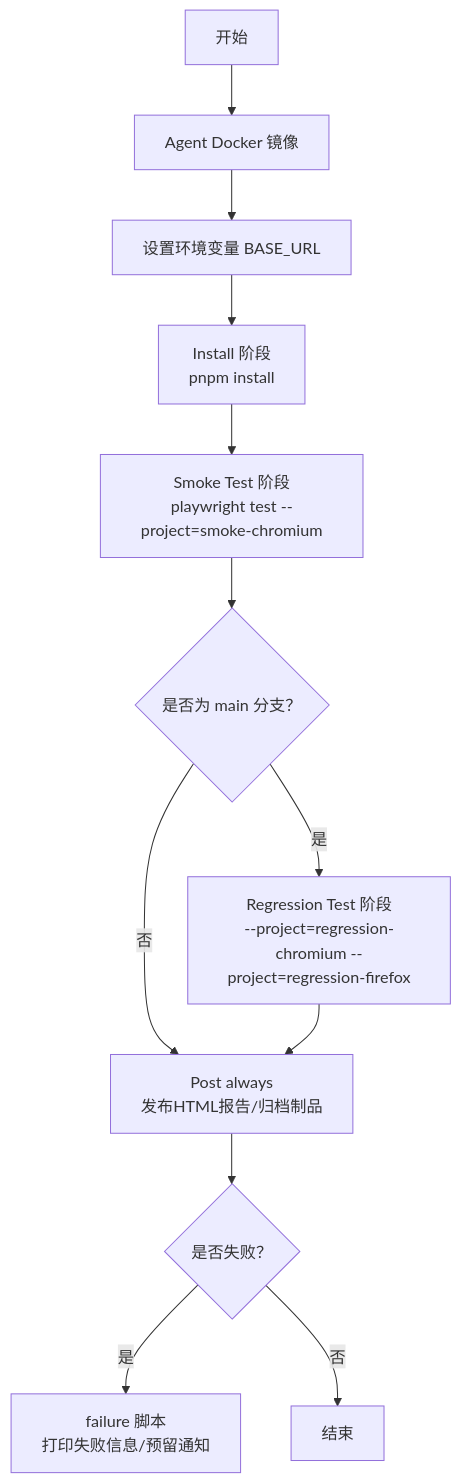
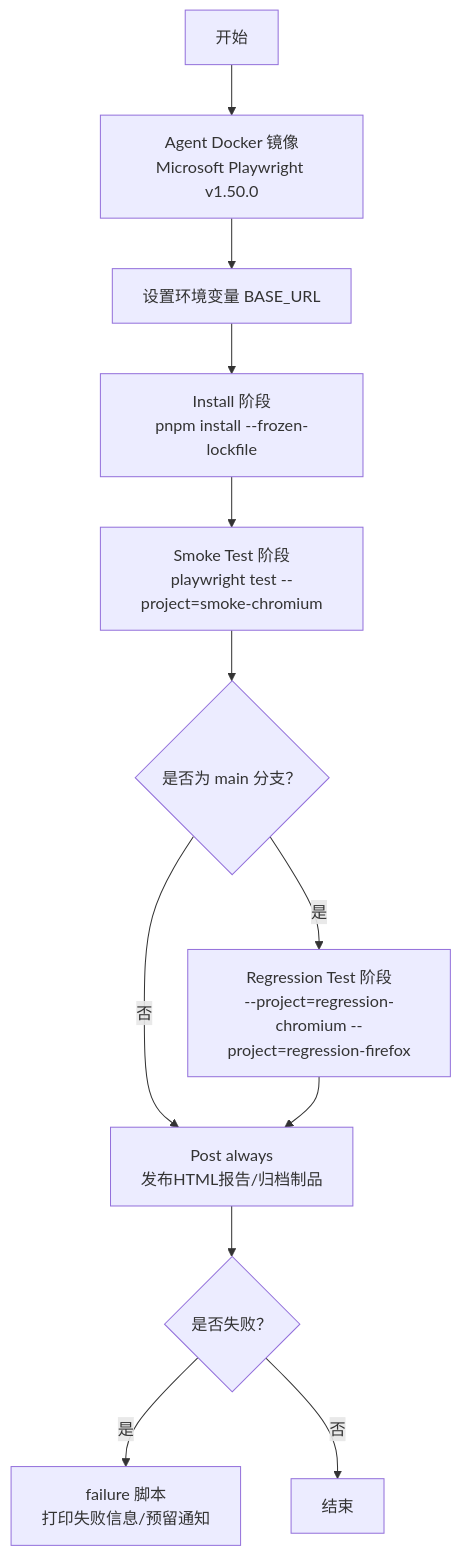
One commit to zzgoviziwind/--playwright changed the third of 6 diagrams in .qoder/repowiki/zh/content/CI_CD集成/Jenkins集成.md. Above: the diagram before and after it, drawn with Mermaid. The commit also changed other lines of this file and 112 other files, not shown here.

````diff
--- a/.qoder/repowiki/zh/content/CI_CD集成/Jenkins集成.md
+++ b/.qoder/repowiki/zh/content/CI_CD集成/Jenkins集成.md
@@ -163,14 +171,14 @@
 ```mermaid
 flowchart TD
-S["开始"] --> A["Agent Docker 镜像"]
+S["开始"] --> A["Agent Docker 镜像<br/>Microsoft Playwright v1.50.0"]
 A --> E["设置环境变量 BASE_URL"]
-E --> I["Install 阶段<br/>pnpm install"]
+E --> I["Install 阶段<br/>pnpm install --frozen-lockfile"]
 I --> M["Smoke Test 阶段<br/>playwright test --project=smoke-chromium"]
 M --> R{"是否为 main 分支？"}
 R --> |是| RT["Regression Test 阶段<br/>--project=regression-chromium --project=regression-firefox"]
 R --> |否| P["Post always<br/>发布HTML报告/归档制品"]
 RT --> P
 P --> F{"是否失败？"}
 F --> |是| N["failure 脚本<br/>打印失败信息/预留通知"]
 F --> |否| X["结束"]
 ```
````
